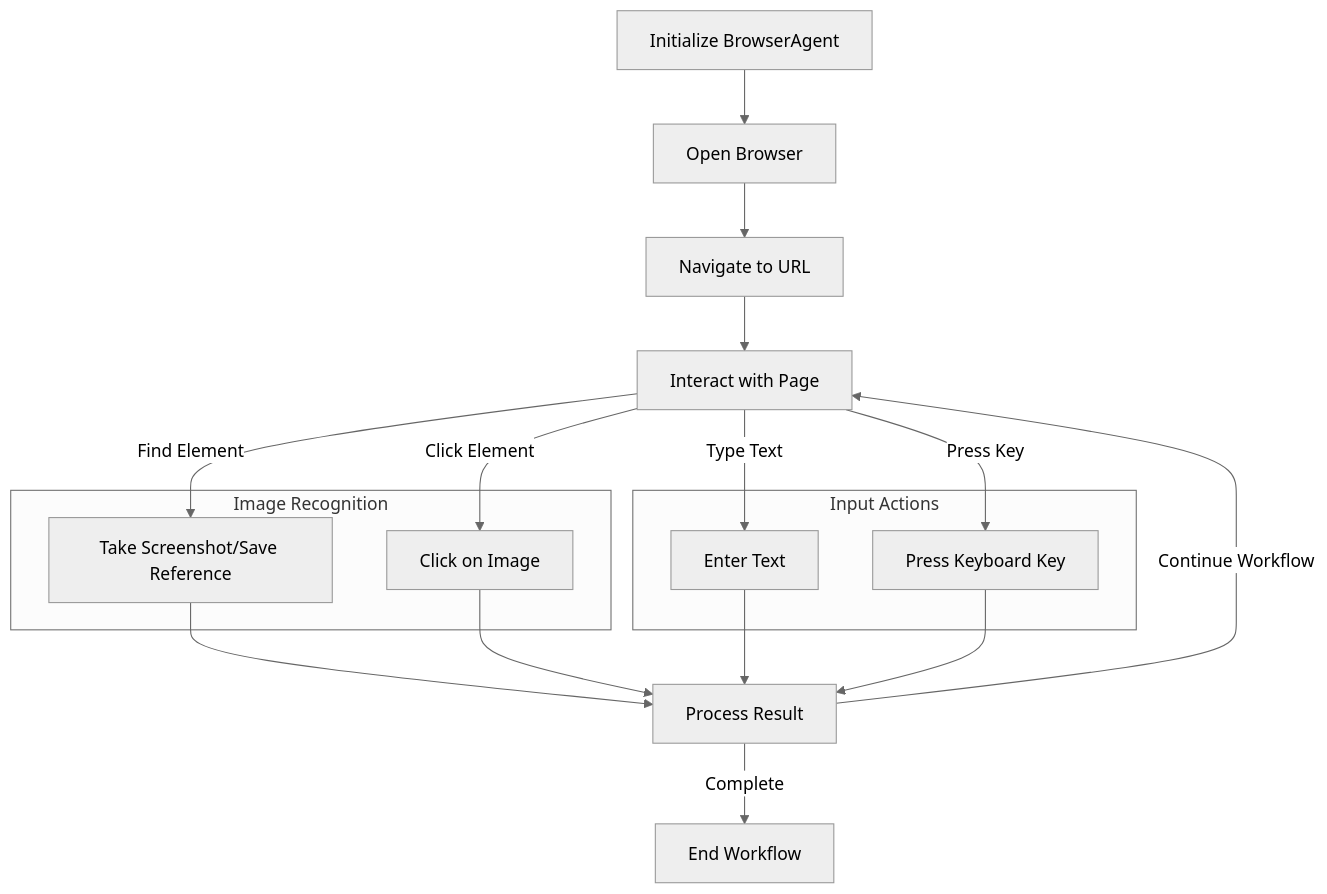
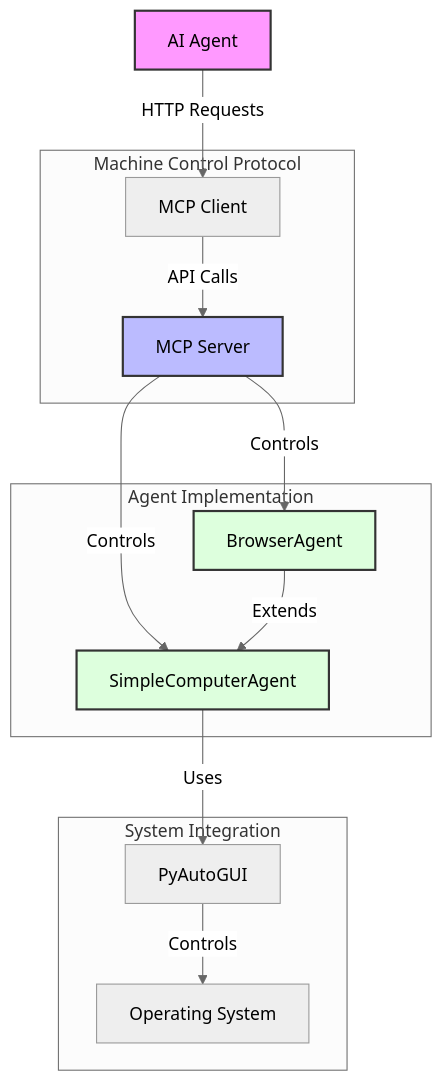
One commit to SpencerBrown1717/lvl3.ai_computer_use_try1 changed the first of 3 diagrams in README.md. Above: the diagram before and after it, drawn with Mermaid (neutral theme). The commit also changed other lines of this file and 15 other files, not shown here.

Commit message:
Enhanced Computer Control Agent with security features, error handling, and improved documentation

````diff
--- a/README.md
+++ b/README.md
@@ -94,28 +96,30 @@
 ```mermaid
 graph TD
-    A[Initialize BrowserAgent] --> B[Open Browser]
-    B --> C[Navigate to URL]
-    C --> D[Interact with Page]
-    D -->|Find Element| E[Take Screenshot/Save Reference]
-    D -->|Click Element| F[Click on Image]
-    D -->|Type Text| G[Enter Text]
-    D -->|Press Key| H[Press Keyboard Key]
+    A[AI Agent] -->|HTTP Requests| B[MCP Client]
+    B -->|API Calls| C[MCP Server]
+    C -->|Controls| D[SimpleComputerAgent]
+    C -->|Controls| E[BrowserAgent]
+    D -->|Uses| F[PyAutoGUI]
+    E -->|Extends| D
+    F -->|Controls| G[Operating System]
     
-    E --> I[Process Result]
-    F --> I
-    G --> I
-    H --> I
-    
-    I -->|Continue Workflow| D
-    I -->|Complete| J[End Workflow]
-    
-    subgraph "Image Recognition"
-        E
-        F
+    subgraph "Machine Control Protocol"
+        B
+        C
     end
     
-    subgraph "Input Actions"
+    subgraph "Agent Implementation"
+        D
+        E
+    end
+    
+    subgraph "System Integration"
+        F
         G
-        H
     end
+    
+    style A fill:#f9f,stroke:#333,stroke-width:2px
+    style C fill:#bbf,stroke:#333,stroke-width:2px
+    style D fill:#dfd,stroke:#333,stroke-width:2px
+    style E fill:#dfd,stroke:#333,stroke-width:2px
 ```
````
